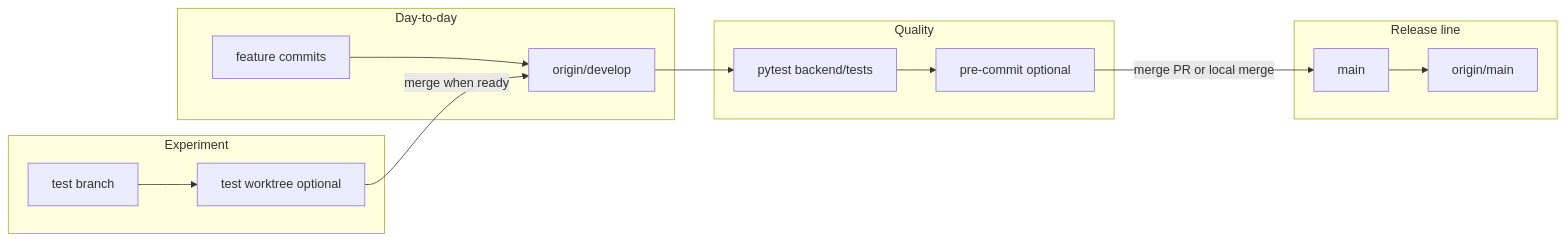
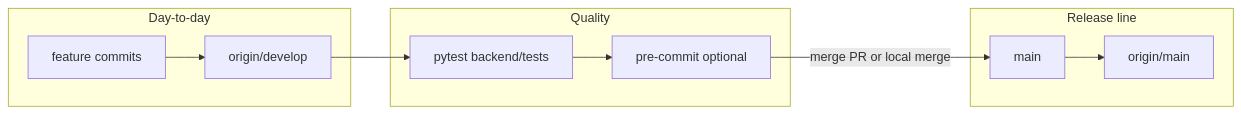
The sixth of 10 diagrams in README.md (czyzem-stack/kalshibot), drawn with Mermaid before and after one commit. The commit also changed other lines of this file and 13 other files, not shown here.

First line of the commit message:
v0.4.07: two-stack local (develop+main), remove test worktree; launch_local UX

````diff
--- a/README.md
+++ b/README.md
@@ -348,26 +348,20 @@
 ```mermaid
 flowchart LR
-  subgraph try [Experiment]
-    TB[test branch]
-    TT[test worktree optional]
-    TB --> TT
-  end
   subgraph dev [Day-to-day]
     D[feature commits]
     DV[origin/develop]
     D --> DV
-    TT -->|merge when ready| DV
   end
   subgraph gate [Quality]
     T[pytest backend/tests]
     P[pre-commit optional]
     DV --> T
     T --> P
   end
   subgraph prod [Release line]
     M[main]
     OM[origin/main]
     P -->|merge PR or local merge| M
     M --> OM
   end
 ```
````
